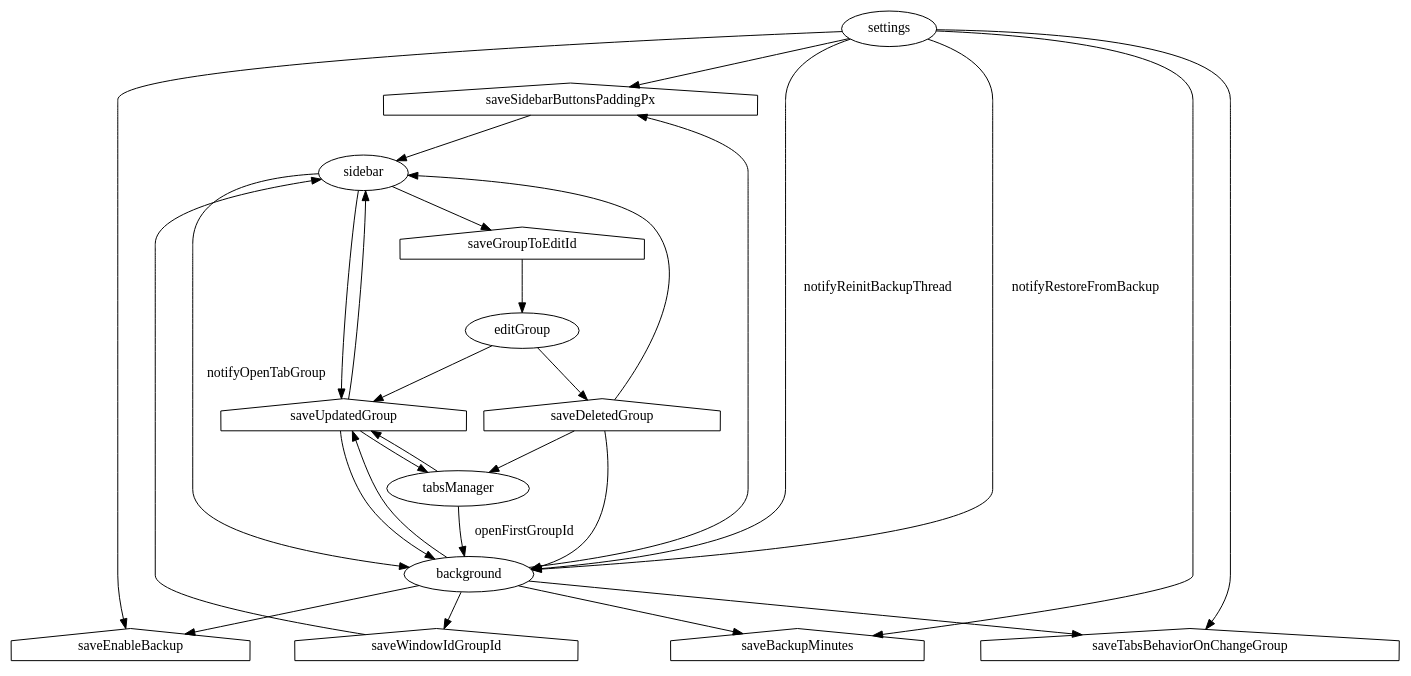
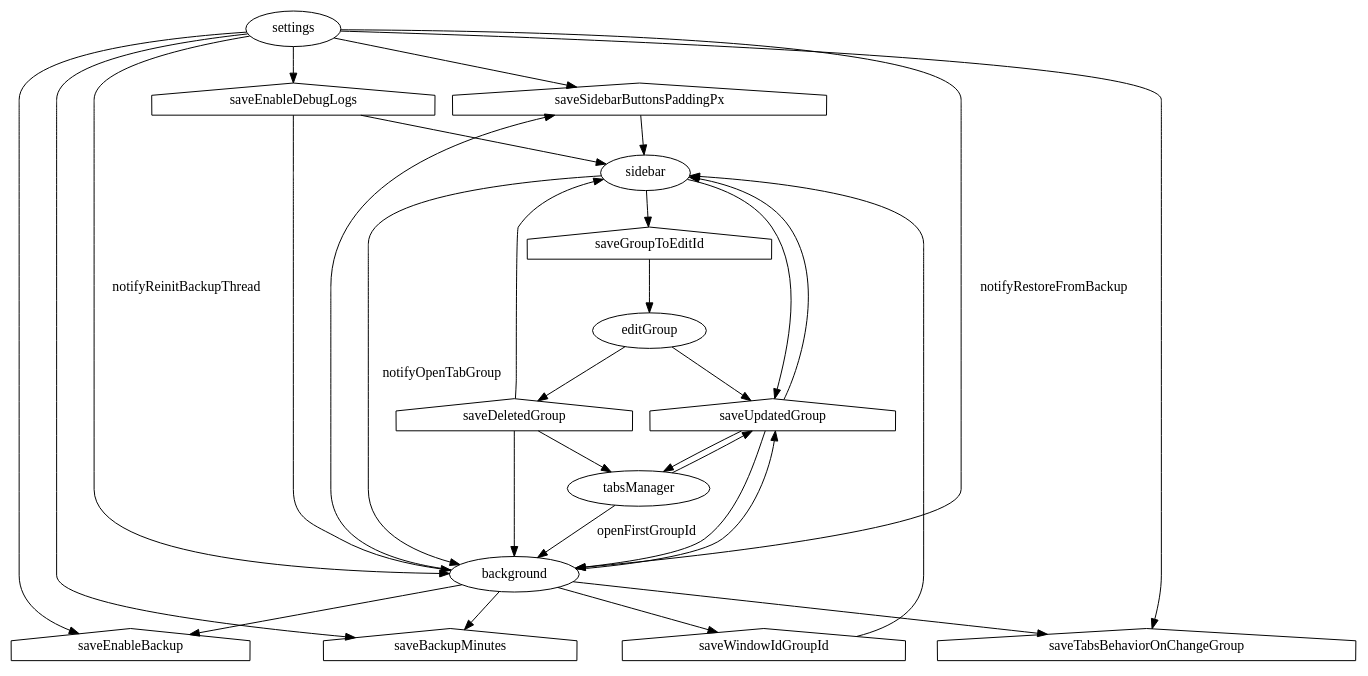
One commit to EoinKanro/sidebar-tab-groups changed the diagram in SCHEME.dot. Above: the diagram before and after it, drawn with Graphviz.

```diff
--- a/SCHEME.dot
+++ b/SCHEME.dot
@@ -1,49 +1,53 @@
 digraph G {
 
   saveSidebarButtonsPaddingPx [ shape=house ];
   saveEnableBackup [ shape=house ];
   saveBackupMinutes [ shape=house ];
   saveTabsBehaviorOnChangeGroup [ shape=house ];
   saveDeletedGroup [ shape=house ];
   saveUpdatedGroup [ shape=house ];
   saveGroupToEditId [ shape=house ];
   saveWindowIdGroupId [ shape=house ];
+  saveEnableDebugLogs [ shape=house ];
 
   settings -> saveSidebarButtonsPaddingPx;
   settings -> saveEnableBackup;
   settings -> saveBackupMinutes;
   settings -> saveTabsBehaviorOnChangeGroup;
+  settings -> saveEnableDebugLogs;
 
   settings -> background [ label = notifyReinitBackupThread ];
   settings -> background [ label = notifyRestoreFromBackup ];
 
   editGroup -> saveDeletedGroup;
   editGroup -> saveUpdatedGroup;
 
   saveGroupToEditId -> editGroup;
 
   tabsManager -> saveUpdatedGroup;
   tabsManager -> background [ label = openFirstGroupId ];
 
   saveUpdatedGroup -> tabsManager;
   saveDeletedGroup -> tabsManager;
 
   sidebar -> background [ label = notifyOpenTabGroup ];
   sidebar -> saveUpdatedGroup;
   sidebar -> saveGroupToEditId;
 
   saveUpdatedGroup -> sidebar;
   saveDeletedGroup -> sidebar;
   saveSidebarButtonsPaddingPx -> sidebar;
   saveWindowIdGroupId -> sidebar;
+  saveEnableDebugLogs -> sidebar;
 
   background -> saveBackupMinutes;
   background -> saveEnableBackup;
   background -> saveSidebarButtonsPaddingPx;
   background -> saveTabsBehaviorOnChangeGroup;
   background -> saveUpdatedGroup;
   background -> saveWindowIdGroupId;
 
   saveDeletedGroup -> background;
   saveUpdatedGroup -> background;
+  saveEnableDebugLogs -> background;
 }
```
